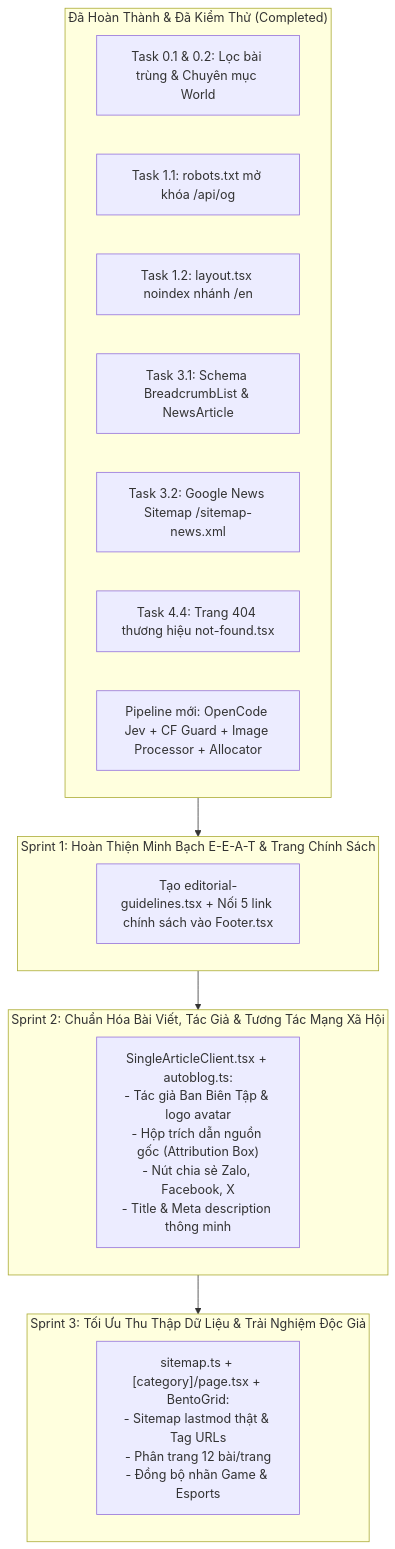
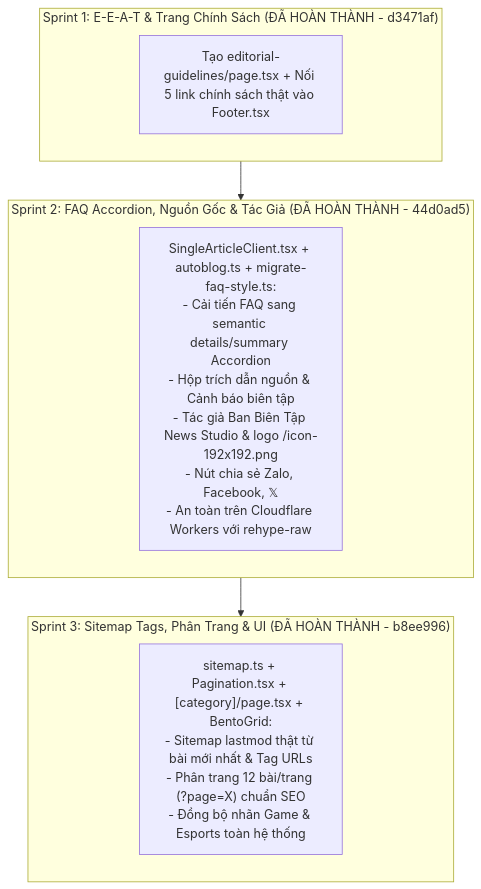
The diagram in PLAN.md (vn002187444/web-news-studio), drawn with Mermaid before and after one commit. The commit also changed other lines of this file, not shown here.

Commit message:
docs: update PLAN.md to 100% completed status across all sprints

````diff
--- a/PLAN.md
+++ b/PLAN.md
@@ -7,26 +7,16 @@
 ```mermaid
 flowchart TD
-    subgraph DONE["Đã Hoàn Thành & Đã Kiểm Thử (Completed)"]
-        D1["Task 0.1 & 0.2: Lọc bài trùng & Chuyên mục World"]
-        D2["Task 1.1: robots.txt mở khóa /api/og"]
-        D3["Task 1.2: layout.tsx noindex nhánh /en"]
-        D4["Task 3.1: Schema BreadcrumbList & NewsArticle"]
-        D5["Task 3.2: Google News Sitemap /sitemap-news.xml"]
-        D6["Task 4.4: Trang 404 thương hiệu not-found.tsx"]
-        D7["Pipeline mới: OpenCode Jev + CF Guard + Image Processor + Allocator"]
+    subgraph C1["Sprint 1: E-E-A-T & Trang Chính Sách (ĐÃ HOÀN THÀNH - d3471af)"]
+        T_EEAT["Tạo editorial-guidelines/page.tsx + Nối 5 link chính sách thật vào Footer.tsx"]
     end
 
-    subgraph S1["Sprint 1: Hoàn Thiện Minh Bạch E-E-A-T & Trang Chính Sách"]
-        T_EEAT["Tạo editorial-guidelines.tsx + Nối 5 link chính sách vào Footer.tsx"]
+    subgraph C2["Sprint 2: FAQ Accordion, Nguồn Gốc & Tác Giả (ĐÃ HOÀN THÀNH - 44d0ad5)"]
+        T_ART["SingleArticleClient.tsx + autoblog.ts + migrate-faq-style.ts:\n- Cải tiến FAQ sang semantic details/summary Accordion\n- Hộp trích dẫn nguồn & Cảnh báo biên tập\n- Tác giả Ban Biên Tập News Studio & logo /icon-192x192.png\n- Nút chia sẻ Zalo, Facebook, 𝕏\n- An toàn trên Cloudflare Workers với rehype-raw"]
     end
 
-    subgraph S2["Sprint 2: Chuẩn Hóa Bài Viết, Tác Giả & Tương Tác Mạng Xã Hội"]
-        T_ART["SingleArticleClient.tsx + autoblog.ts:\n- Tác giả Ban Biên Tập & logo avatar\n- Hộp trích dẫn nguồn gốc (Attribution Box)\n- Nút chia sẻ Zalo, Facebook, X\n- Title & Meta description thông minh"]
+    subgraph C3["Sprint 3: Sitemap Tags, Phân Trang & UI (ĐÃ HOÀN THÀNH - b8ee996)"]
+        T_PAG["sitemap.ts + Pagination.tsx + [category]/page.tsx + BentoGrid:\n- Sitemap lastmod thật từ bài mới nhất & Tag URLs\n- Phân trang 12 bài/trang (?page=X) chuẩn SEO\n- Đồng bộ nhãn Game & Esports toàn hệ thống"]
     end
 
-    subgraph S3["Sprint 3: Tối Ưu Thu Thập Dữ Liệu & Trải Nghiệm Độc Giả"]
-        T_PAG["sitemap.ts + [category]/page.tsx + BentoGrid:\n- Sitemap lastmod thật & Tag URLs\n- Phân trang 12 bài/trang\n- Đồng bộ nhãn Game & Esports"]
-    end
-
-    DONE --> S1 --> S2 --> S3
+    C1 --> C2 --> C3
 ```
````
